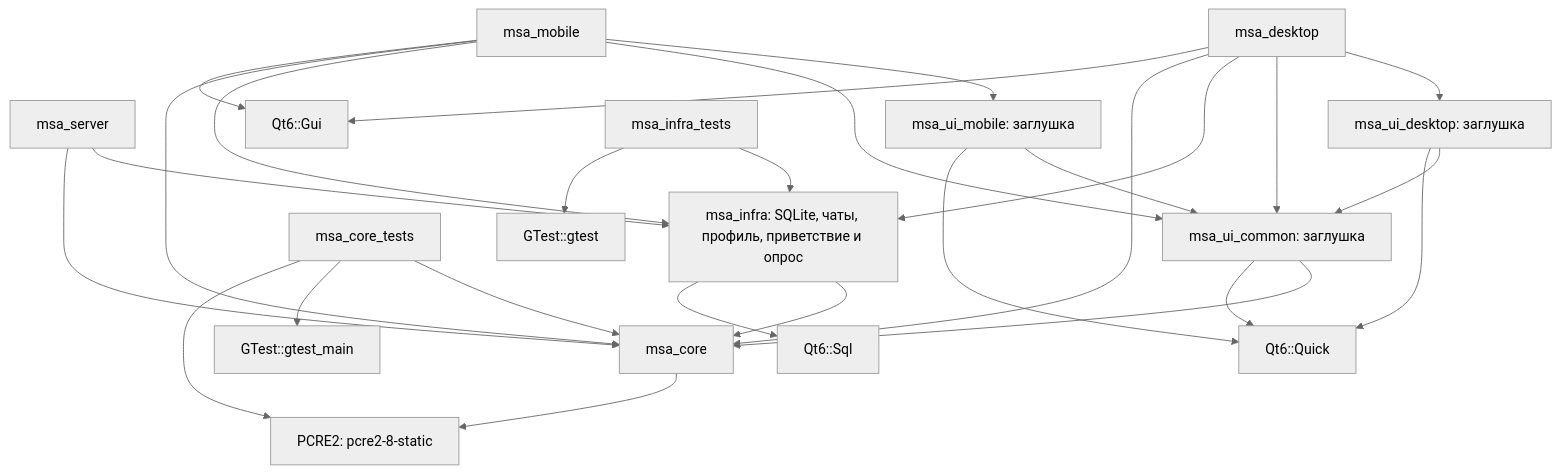
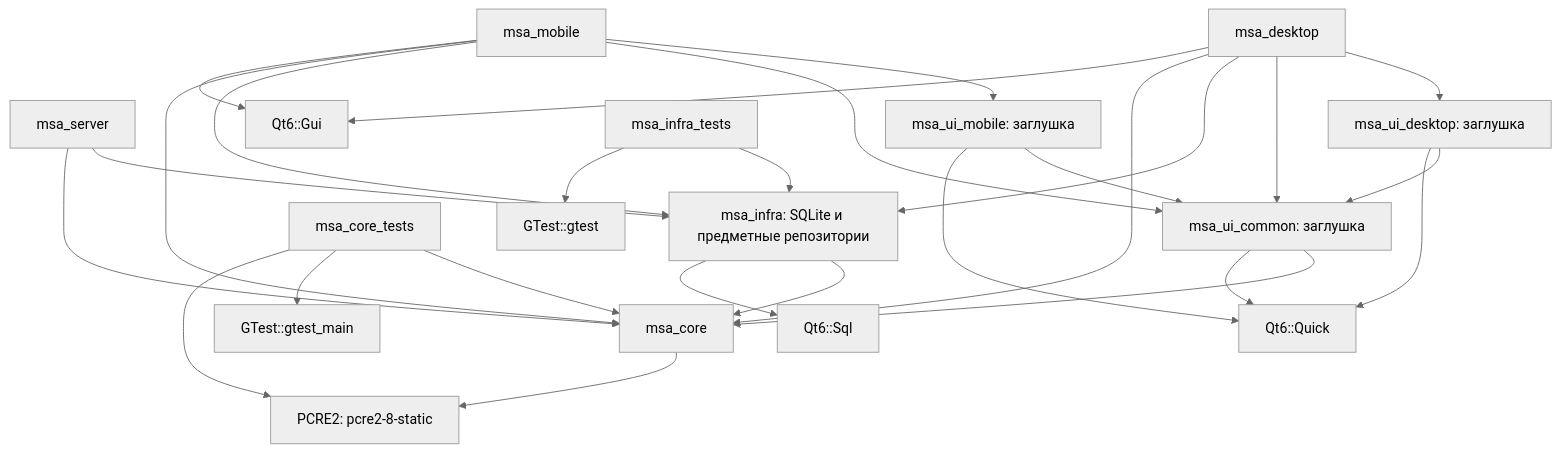
One commit to TasFoma/MySuperAssistant changed the first of 2 diagrams in docs/architecture.md. Above: the diagram before and after it, drawn with Mermaid (neutral theme). The commit also changed other lines of this file and 13 other files, not shown here.

````diff
--- a/docs/architecture.md
+++ b/docs/architecture.md
@@ -49,29 +50,29 @@
 ```mermaid
 flowchart TD
-    server[msa_server] --> infra[msa_infra: SQLite, чаты, профиль, приветствие и опрос]
+    server[msa_server] --> infra[msa_infra: SQLite и предметные репозитории]
     server --> core[msa_core]
     desktop[msa_desktop] --> desktopUI[msa_ui_desktop: заглушка]
     desktop --> common[msa_ui_common: заглушка]
     desktop --> infra
     desktop --> core
     desktop --> gui[Qt6::Gui]
     mobile[msa_mobile] --> mobileUI[msa_ui_mobile: заглушка]
     mobile --> common
     mobile --> infra
     mobile --> core
     mobile --> gui
     desktopUI --> common
     desktopUI --> quick[Qt6::Quick]
     mobileUI --> common
     mobileUI --> quick
     common --> core
     common --> quick
     infra --> core
     infra --> sql[Qt6::Sql]
     core --> pcre[PCRE2: pcre2-8-static]
     tests[msa_core_tests] --> core
     tests --> gtest[GTest::gtest_main]
     tests --> pcre
     infraTests[msa_infra_tests] --> infra
     infraTests --> infraGtest[GTest::gtest]
 ```
````
